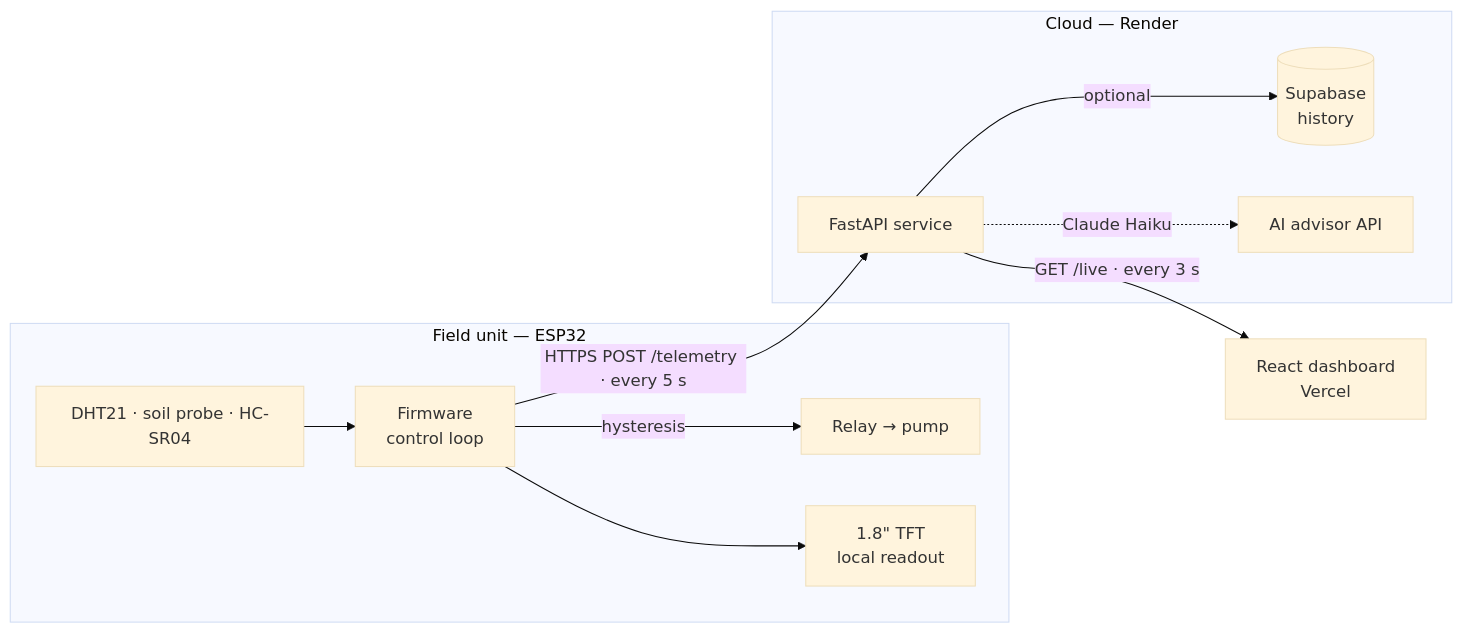
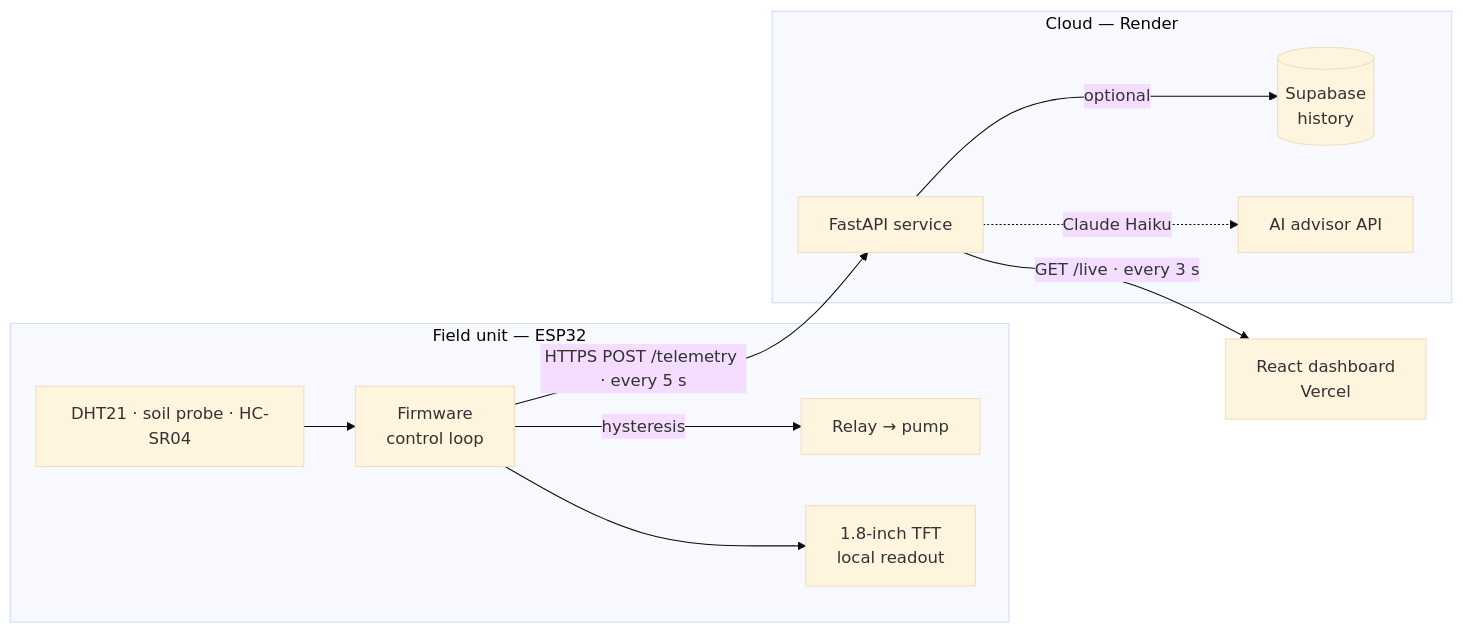
Before and after one commit to Opeyemi-Builds/irrigation: the diagram in README.md, drawn with Mermaid (base theme).

Commit message:
added good documentations again

````diff
--- a/README.md
+++ b/README.md
@@ -47,17 +47,17 @@
 ```mermaid
 flowchart LR
     subgraph FIELD["Field unit — ESP32"]
         SENSORS["DHT21 · soil probe · HC-SR04"] --> MCU["Firmware<br/>control loop"]
         MCU -->|"hysteresis"| PUMP["Relay → pump"]
-        MCU --> TFT["1.8&quot; TFT<br/>local readout"]
+        MCU --> TFT["1.8-inch TFT<br/>local readout"]
     end
 
     MCU -->|"HTTPS POST /telemetry · every 5 s"| API
 
     subgraph CLOUD["Cloud — Render"]
         API["FastAPI service"] -->|"optional"| DB[("Supabase<br/>history")]
         API -.->|"Claude Haiku"| ADV["AI advisor API"]
     end
 
     API -->|"GET /live · every 3 s"| WEB["React dashboard<br/>Vercel"]
 ```
````
